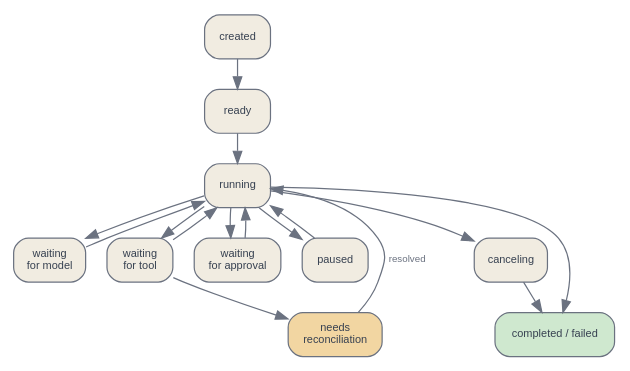
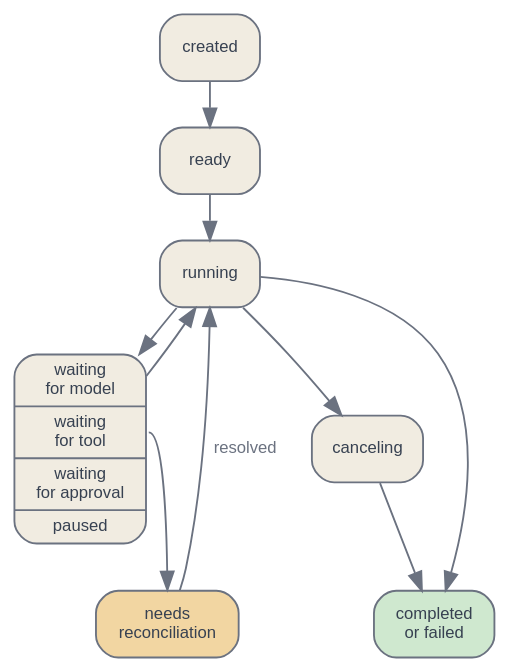
Before and after one commit to latere-ai/ai-as-an-infrastructure: the diagram in en/orchestration/05-the-harness.qmd, drawn with Graphviz. The commit also changed 1 other file, not shown here.

Commit message:
orchestration: harness state machine groups the waits so it fits a phone column

````diff
--- a/en/orchestration/05-the-harness.qmd
+++ b/en/orchestration/05-the-harness.qmd
@@ -91,34 +91,27 @@
 ```{dot}
 //| label: fig-harness-state-machine
-//| fig-cap: "A harness state machine. Waits and reconciliation are visible states, not gaps in an output stream."
+//| fig-cap: "A harness state machine. The waiting and paused states share one box because each returns to running. A tool call whose outcome is unknown moves the run to needs reconciliation, and it returns to running only after the outcome is resolved. Waits and reconciliation are visible states, not gaps in an output stream."
 digraph {
     bgcolor="transparent";
     rankdir=TB;
-    size="4.6,5.2";
     nodesep=0.24;
     ranksep=0.32;
     node [shape=box, style="rounded,filled", fontname="Helvetica", fontsize=9, color="#6b7280", fontcolor="#374151", fillcolor="#f1ece1"];
-    edge [fontname="Helvetica", fontsize=8, color="#6b7280", fontcolor="#6b7280"];
+    edge [fontname="Helvetica", fontsize=9, color="#6b7280", fontcolor="#6b7280"];
 
     C [label="created"];
     R [label="ready"];
     X [label="running"];
-    M [label="waiting\nfor model"];
-    T [label="waiting\nfor tool"];
-    A [label="waiting\nfor approval"];
-    P [label="paused"];
+    W [shape=Mrecord, style="filled", label="{<m>waiting\nfor model|<t>waiting\nfor tool|<a>waiting\nfor approval|<p>paused}"];
     K [label="canceling"];
     Q [label="needs\nreconciliation", fillcolor="#f2d6a2"];
-    D [label="completed / failed", fillcolor="#cfe8cf"];
+    D [label="completed\nor failed", fillcolor="#cfe8cf"];
 
     C -> R -> X;
-    X -> M -> X;
-    X -> T -> X;
-    X -> A -> X;
-    X -> P -> X;
+    X -> W -> X;
     X -> K -> D;
-    T -> Q;
+    W:t -> Q;
     Q -> X [label="resolved"];
     X -> D;
 }
 ```
````
